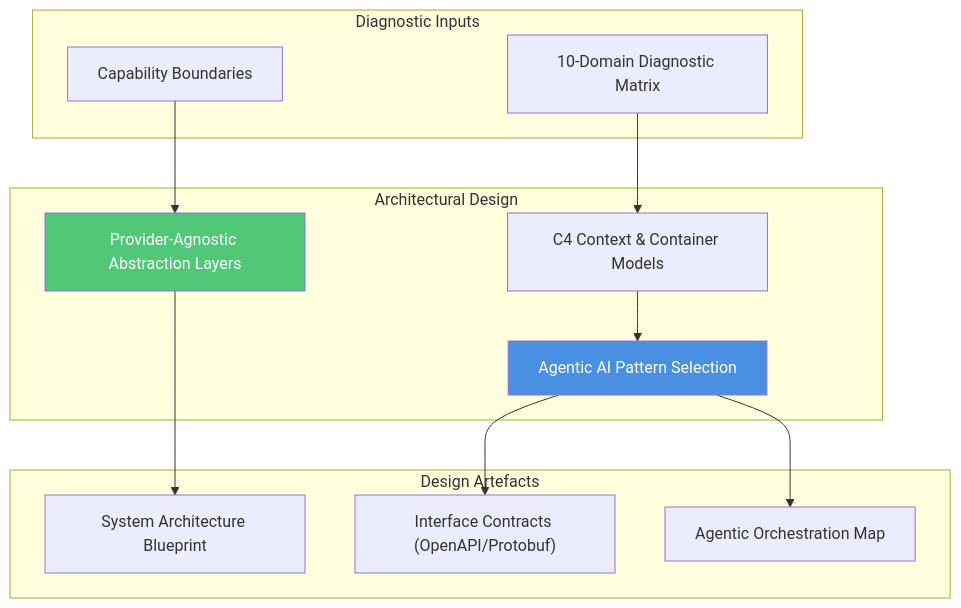
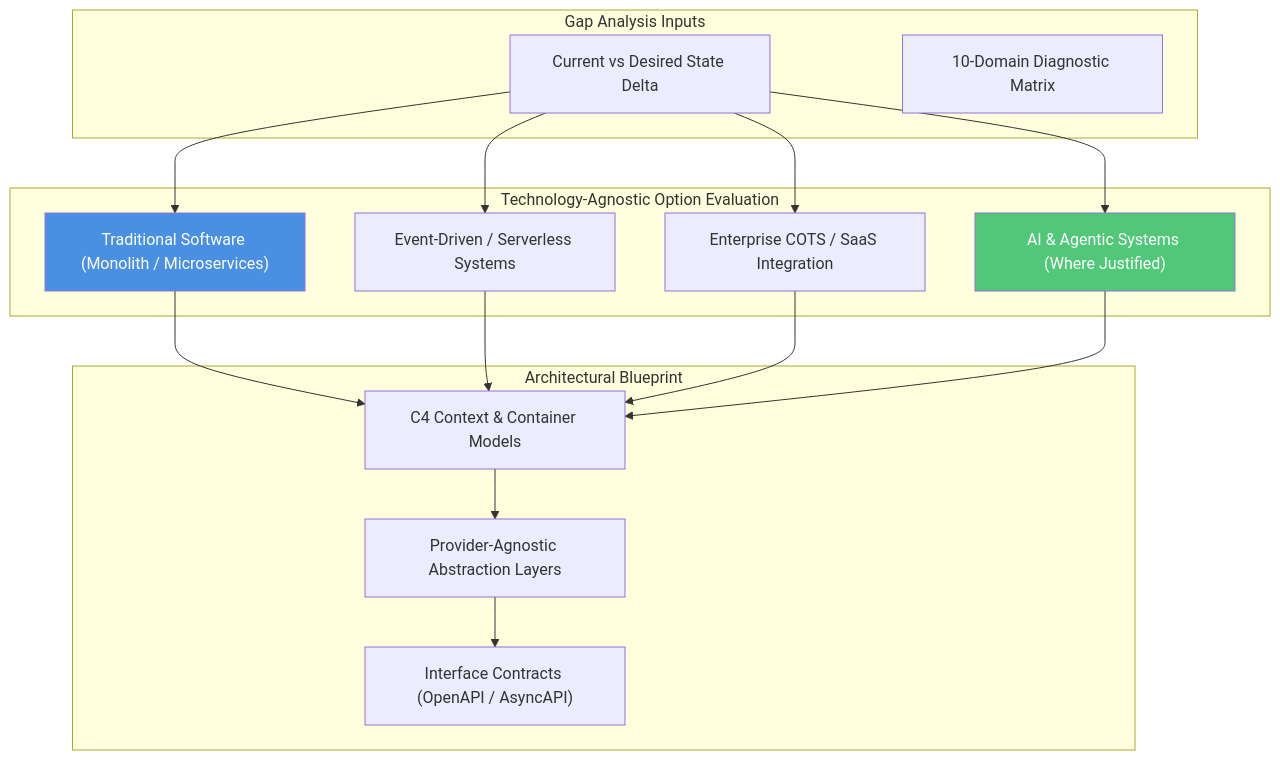
One commit to avfranco-br/portfolio changed the diagram in docs/sop/02-architect-decouple.md. Above: the diagram before and after it, drawn with Mermaid. The commit also changed other lines of this file and 8 other files, not shown here.

Commit message:
refactor(sop): make SOP technology-agnostic, add Current/Desired state to Stage 01, and decouple Stage 04 from CAS

````diff
--- a/docs/sop/02-architect-decouple.md
+++ b/docs/sop/02-architect-decouple.md
@@ -19,29 +19,27 @@
 ```mermaid
 graph TD
-    subgraph "Diagnostic Inputs"
-        D1["10-Domain Diagnostic Matrix"]
-        D2["Capability Boundaries"]
+    subgraph "Gap Analysis Inputs"
+        D1["Current vs Desired State Delta"]
+        D2["10-Domain Diagnostic Matrix"]
     end
 
-    subgraph "Architectural Design"
+    subgraph "Technology-Agnostic Option Evaluation"
+        O1["Traditional Software (Monolith / Microservices)"]
+        O2["Event-Driven / Serverless Systems"]
+        O3["Enterprise COTS / SaaS Integration"]
+        O4["AI & Agentic Systems (Where Justified)"]
+    end
+
+    subgraph "Architectural Blueprint"
         C1["C4 Context & Container Models"]
         C2["Provider-Agnostic Abstraction Layers"]
-        C3["Agentic AI Pattern Selection"]
+        C3["Interface Contracts (OpenAPI / AsyncAPI)"]
     end
 
-    subgraph "Design Artefacts"
-        O1["System Architecture Blueprint"]
-        O2["Interface Contracts (OpenAPI/Protobuf)"]
-        O3["Agentic Orchestration Map"]
-    end
+    D1 --> O1 & O2 & O3 & O4
+    O1 & O2 & O3 & O4 --> C1
+    C1 --> C2 --> C3
 
-    D1 --> C1
-    D2 --> C2
-    C1 --> C3
-    C2 --> O1
-    C3 --> O2
-    C3 --> O3
-
-    style C2 fill:#50C878,color:#fff
-    style C3 fill:#4A90E2,color:#fff
+    style O1 fill:#4A90E2,color:#fff
+    style O4 fill:#50C878,color:#fff
 ```
````
